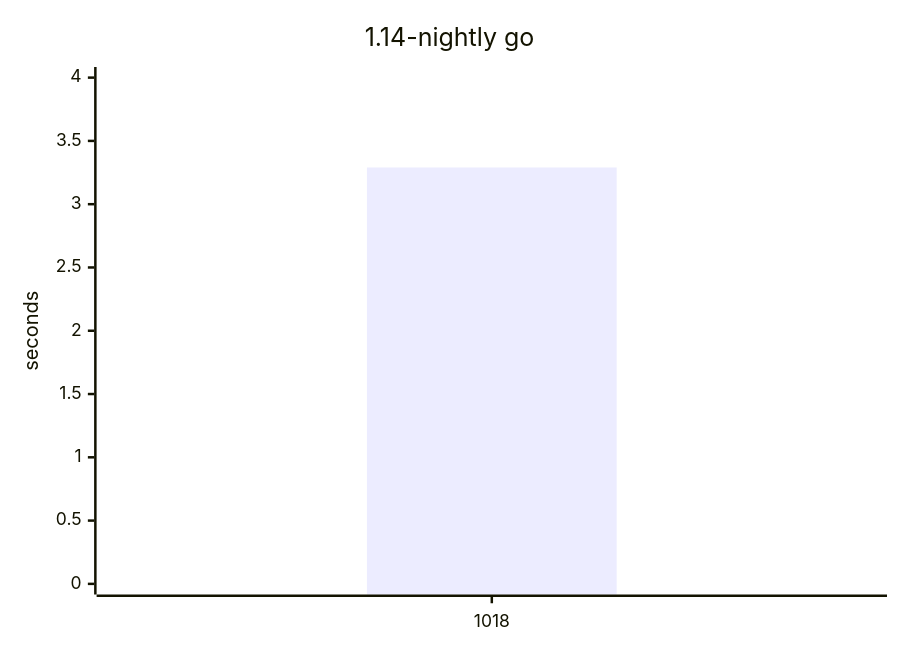
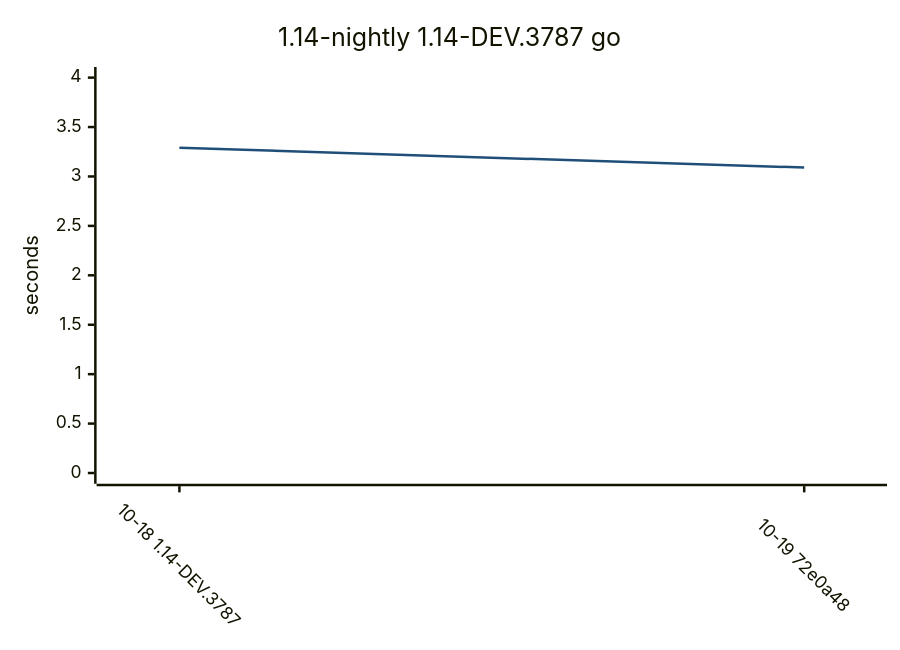
Before and after one commit to yamanori99/DistSSHKit.jl: the seventh of 12 diagrams in README.md, drawn with Mermaid. The commit also changed other lines of this file and 1 other file, not shown here.

Commit message:
Record compile bench for 1.14-nightly.

````diff
--- a/README.md
+++ b/README.md
@@ -168,7 +228,17 @@
 ```mermaid
+---
+config:
+  theme: base
+  themeVariables:
+    xyChart:
+      plotColorPalette: "#1f4e79"
+  xyChart:
+    xAxis:
+      labelRotation: 45
+---
 xychart-beta
-    title "1.14-nightly go"
-    x-axis ["1018"]
+    title "1.14-nightly 1.14-DEV.3787 go"
+    x-axis ["10-18 1.14-DEV.3787", "10-19 72e0a48"]
     y-axis "seconds" 0 --> 4
-    bar [3.29]
+    line [3.29, 3.09]
 ```
````
